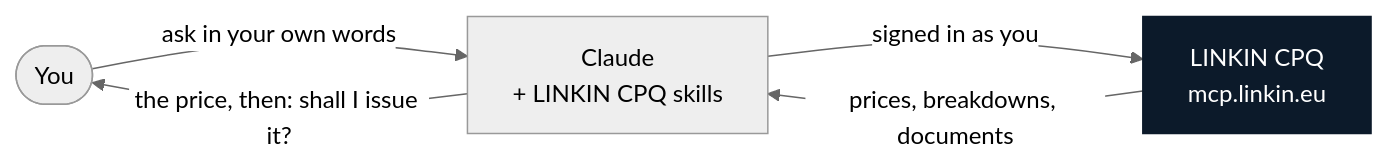
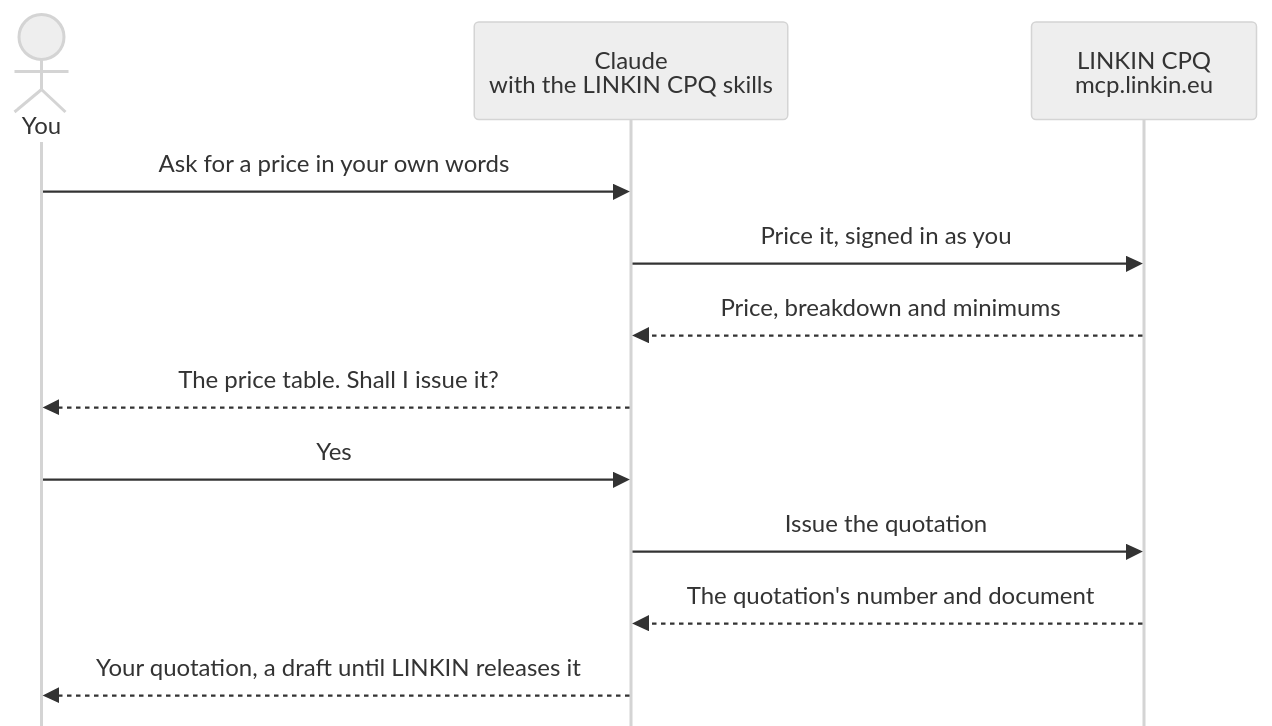
One commit to linkin-eu/linkin-cpq-claude-plugin changed the diagram in README.md. Above: the diagram before and after it, drawn with Mermaid (neutral theme). The commit also changed 3 other files, not shown here.

Commit message:
docs: drop the banner's profile drawing and redraw the flow (#3)

````diff
--- a/README.md
+++ b/README.md
@@ -135,9 +135,15 @@
 ```mermaid
-flowchart LR
-    you(["You"]) -- "ask in your own words" --> claude["Claude<br/>+ LINKIN CPQ skills"]
-    claude -- "signed in as you" --> cpq["LINKIN CPQ<br/>mcp.linkin.eu"]
-    cpq -- "prices, breakdowns, documents" --> claude
-    claude -- "the price, then: shall I issue it?" --> you
-    classDef linkin fill:#0C1A2A,stroke:#0C1A2A,color:#FFFFFF
-    class cpq linkin
+%%{init: {"sequence": {"mirrorActors": false}}}%%
+sequenceDiagram
+    actor You
+    participant Claude as Claude<br/>with the LINKIN CPQ skills
+    participant CPQ as LINKIN CPQ<br/>mcp.linkin.eu
+    You->>Claude: Ask for a price in your own words
+    Claude->>CPQ: Price it, signed in as you
+    CPQ-->>Claude: Price, breakdown and minimums
+    Claude-->>You: The price table. Shall I issue it?
+    You->>Claude: Yes
+    Claude->>CPQ: Issue the quotation
+    CPQ-->>Claude: The quotation's number and document
+    Claude-->>You: Your quotation, a draft until LINKIN releases it
 ```
````
